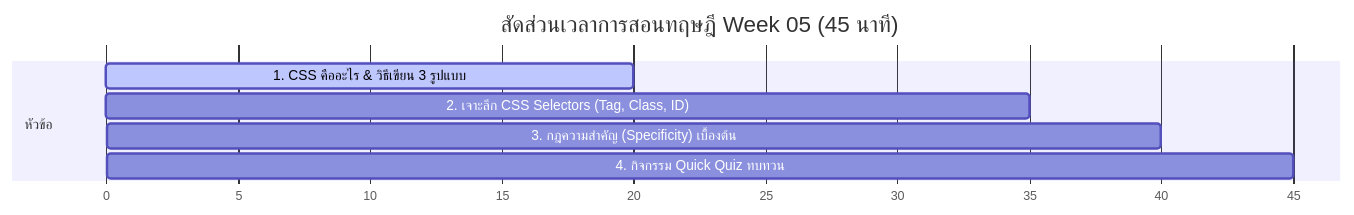
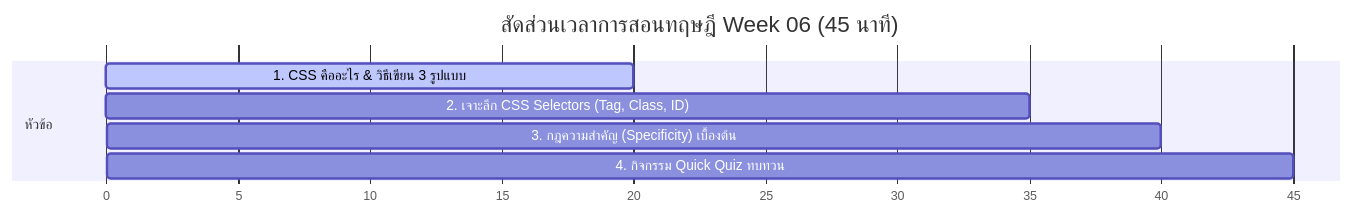
The diagram in Week 06/Teacher/README.md (jirawat9ball/Website_lesson_plan), drawn with Mermaid before and after one commit. The commit also changed other lines of this file and 8 other files, not shown here.

````diff
--- a/Week 06/Teacher/README.md
+++ b/Week 06/Teacher/README.md
@@ -8,11 +8,11 @@
 ```mermaid
 gantt
-    title สัดส่วนเวลาการสอนทฤษฎี Week 05 (45 นาที)
+    title สัดส่วนเวลาการสอนทฤษฎี Week 06 (45 นาที)
     dateFormat  X
     axisFormat %s
     section หัวข้อ
     1. CSS คืออะไร & วิธีเขียน 3 รูปแบบ : active, 0, 20
     2. เจาะลึก CSS Selectors (Tag, Class, ID) : 20, 35
     3. กฎความสำคัญ (Specificity) เบื้องต้น : 35, 40
     4. กิจกรรม Quick Quiz ทบทวน : 40, 45
 ```
````
